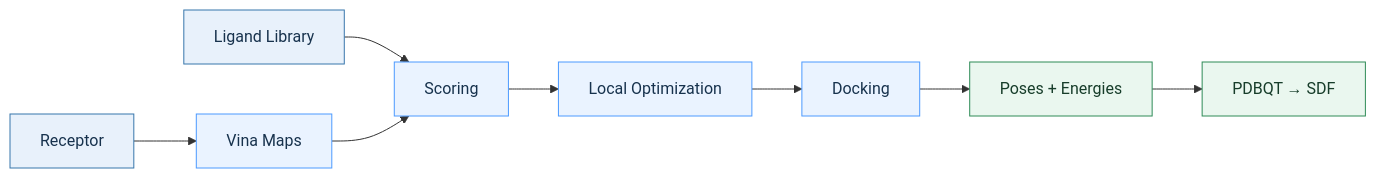
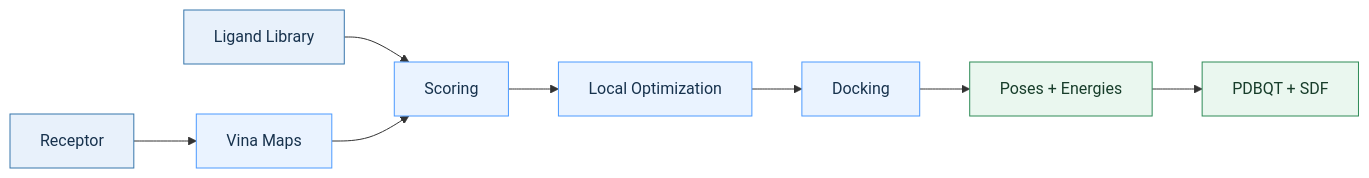
The second of 4 diagrams in README.md (halgocom/yeast), drawn with Mermaid before and after one commit. The commit also changed other lines of this file, not shown here.

````diff
--- a/README.md
+++ b/README.md
@@ -115,19 +279,19 @@
 ```mermaid
 flowchart LR
 
     A["Receptor"] --> C["Vina Maps"]
     B["Ligand Library"] --> D["Scoring"]
     C --> D
     D --> E["Local Optimization"]
     E --> F["Docking"]
     F --> G["Poses + Energies"]
-    G --> H["PDBQT → SDF"]
+    G --> H["PDBQT + SDF"]
 
     classDef input fill:#E8F1FB,stroke:#3776AB,color:#17324D
     classDef process fill:#EAF3FF,stroke:#4C9AFF,color:#17324D
     classDef output fill:#EAF7EF,stroke:#2E8B57,color:#173D2A
 
     class A,B input
     class C,D,E,F process
     class G,H output
 ```
````
